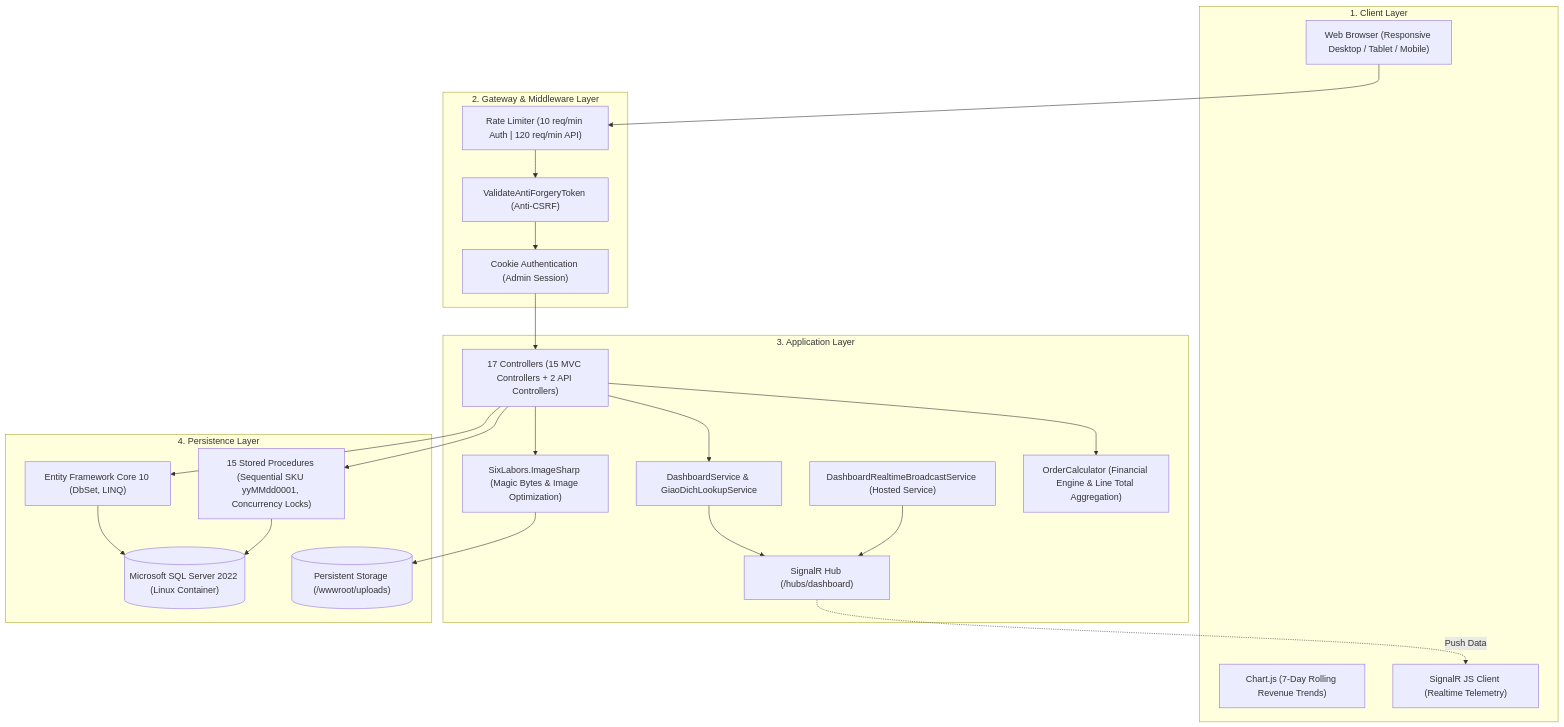
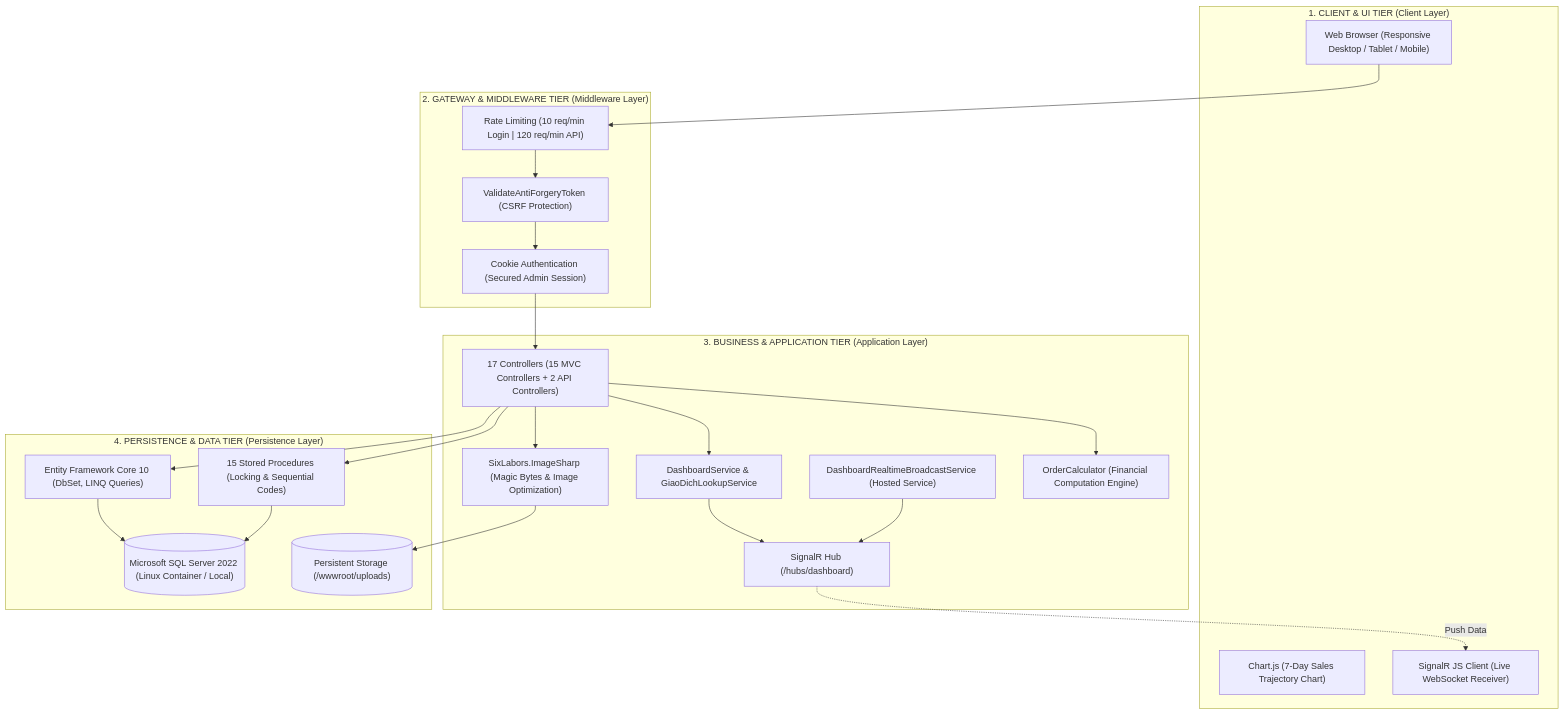
The first of 3 diagrams in README_en.md (nguyenxp3n/WebQLBH), drawn with Mermaid before and after one commit. The commit also changed other lines of this file and 1 other file, not shown here.

Commit message:
docs: comprehensive recruiter-grade README and README_en with 12-model catalog, architecture & operations guide

````diff
--- a/README_en.md
+++ b/README_en.md
@@ -52,48 +156,48 @@
 ```mermaid
 flowchart TD
-    subgraph ClientLayer ["1. Client Layer"]
+    subgraph ClientLayer ["1. CLIENT & UI TIER (Client Layer)"]
         Browser["Web Browser (Responsive Desktop / Tablet / Mobile)"]
-        ChartJS["Chart.js (7-Day Rolling Revenue Trends)"]
-        SignalRClient["SignalR JS Client (Realtime Telemetry)"]
+        ChartJS["Chart.js (7-Day Sales Trajectory Chart)"]
+        SignalRClient["SignalR JS Client (Live WebSocket Receiver)"]
     end
 
-    subgraph GatewayMiddleware ["2. Gateway & Middleware Layer"]
-        RateLimiter["Rate Limiter (10 req/min Auth | 120 req/min API)"]
-        Antiforgery["ValidateAntiForgeryToken (Anti-CSRF)"]
-        CookieAuth["Cookie Authentication (Admin Session)"]
+    subgraph GatewayMiddleware ["2. GATEWAY & MIDDLEWARE TIER (Middleware Layer)"]
+        RateLimiter["Rate Limiting (10 req/min Login | 120 req/min API)"]
+        Antiforgery["ValidateAntiForgeryToken (CSRF Protection)"]
+        CookieAuth["Cookie Authentication (Secured Admin Session)"]
     end
 
-    subgraph AppLayer ["3. Application Layer"]
+    subgraph AppLayer ["3. BUSINESS & APPLICATION TIER (Application Layer)"]
         Controllers["17 Controllers (15 MVC Controllers + 2 API Controllers)"]
         DashboardService["DashboardService & GiaoDichLookupService"]
         RealtimeHub["SignalR Hub (/hubs/dashboard)"]
         BackgroundWorker["DashboardRealtimeBroadcastService (Hosted Service)"]
         ImageSecurity["SixLabors.ImageSharp (Magic Bytes & Image Optimization)"]
-        OrderEngine["OrderCalculator (Financial Engine & Line Total Aggregation)"]
+        OrderEngine["OrderCalculator (Financial Computation Engine)"]
     end
 
-    subgraph DataAccessLayer ["4. Persistence Layer"]
-        EFCore["Entity Framework Core 10 (DbSet, LINQ)"]
-        StoredProcedures["15 Stored Procedures (Sequential SKU yyMMdd0001, Concurrency Locks)"]
-        SQLServer[("Microsoft SQL Server 2022 (Linux Container)")]
+    subgraph DataAccessLayer ["4. PERSISTENCE & DATA TIER (Persistence Layer)"]
+        EFCore["Entity Framework Core 10 (DbSet, LINQ Queries)"]
+        StoredProcedures["15 Stored Procedures (Locking & Sequential Codes)"]
+        SQLServer[("Microsoft SQL Server 2022 (Linux Container / Local)")]
         UploadVolume[("Persistent Storage (/wwwroot/uploads)")]
     end
 
     Browser --> RateLimiter
     RateLimiter --> Antiforgery
     Antiforgery --> CookieAuth
     CookieAuth --> Controllers
 
     Controllers --> DashboardService
     Controllers --> ImageSecurity
     Controllers --> OrderEngine
     ImageSecurity --> UploadVolume
     DashboardService --> RealtimeHub
     BackgroundWorker --> RealtimeHub
     RealtimeHub -. Push Data .-> SignalRClient
 
     Controllers --> EFCore
     Controllers --> StoredProcedures
     EFCore --> SQLServer
     StoredProcedures --> SQLServer
 ```
````
